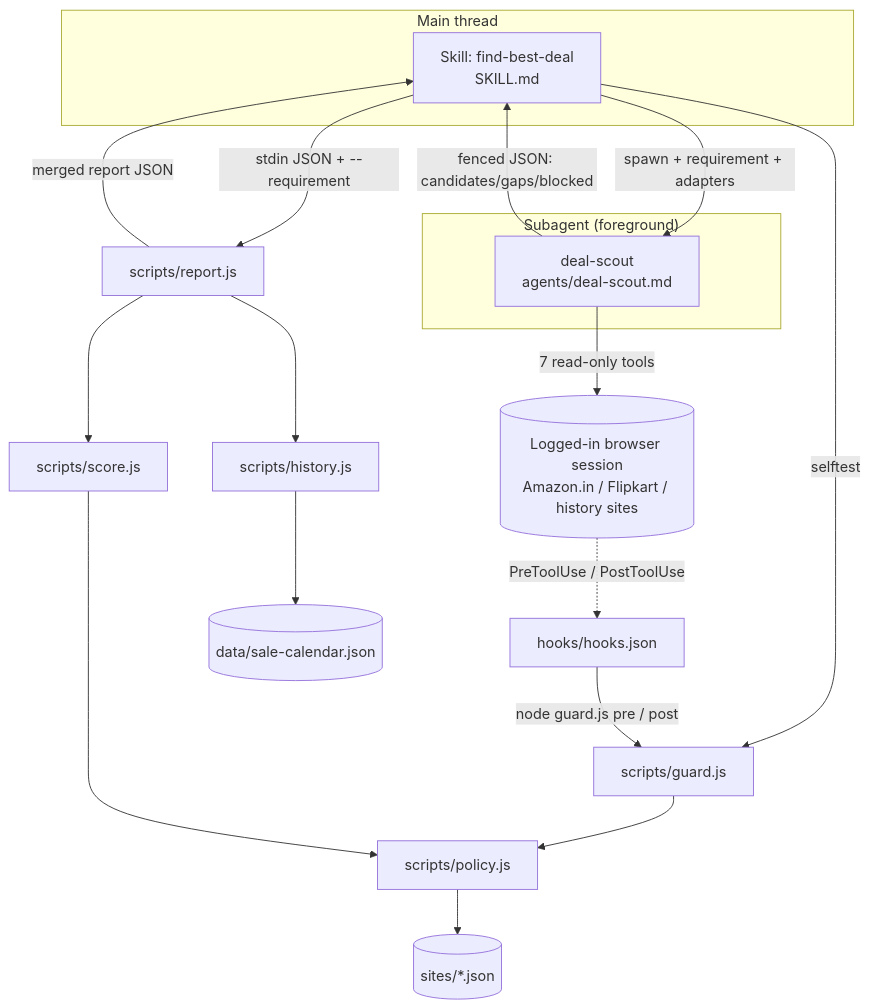
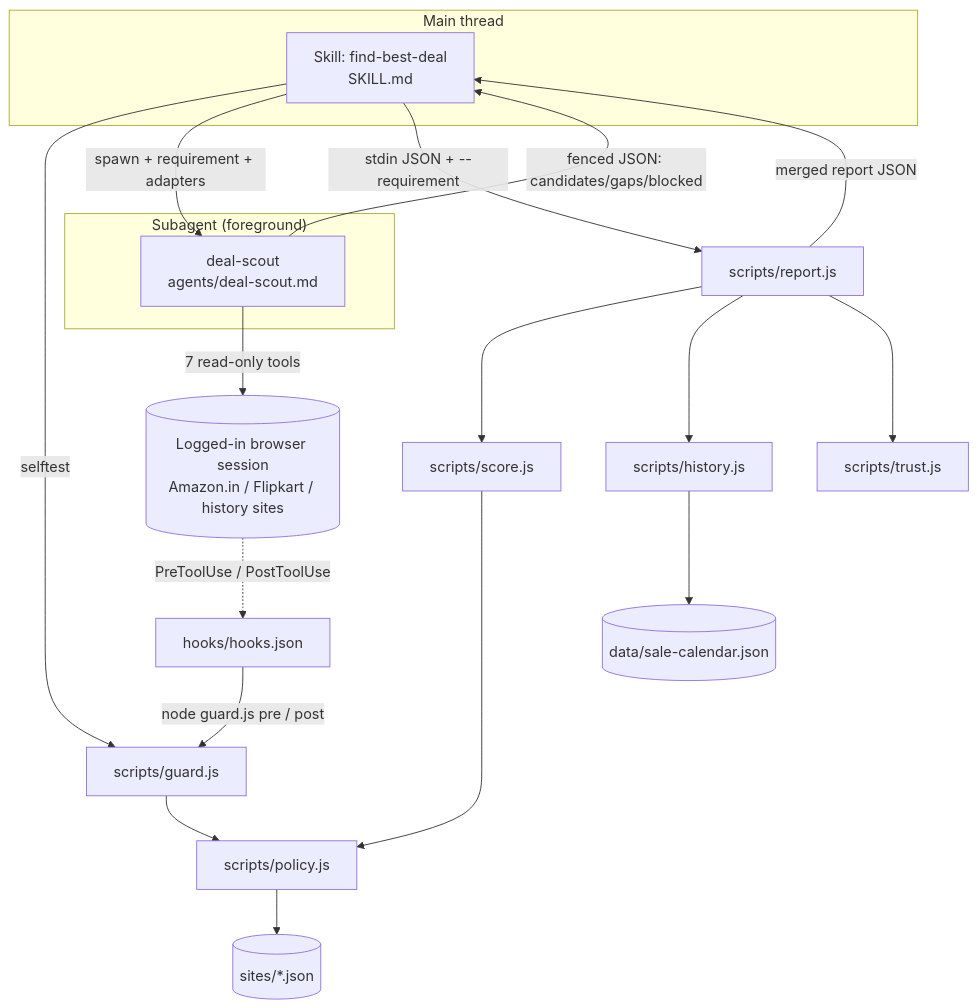
Before and after one commit to abhisheksarkar30/claude-deal-scout: the diagram in docs/context/architecture.md, drawn with Mermaid. The commit also changed other lines of this file and 10 other files, not shown here.

````diff
--- a/docs/context/architecture.md
+++ b/docs/context/architecture.md
@@ -120,35 +133,37 @@
 ```mermaid
 flowchart TB
   subgraph main["Main thread"]
     Skill["Skill: find-best-deal<br/>SKILL.md"]
   end
 
   subgraph agent["Subagent (foreground)"]
     Scout["deal-scout<br/>agents/deal-scout.md"]
   end
 
   Browser[("Logged-in browser session<br/>Amazon.in / Flipkart / history sites")]
   Hook["hooks/hooks.json"]
   Guard["scripts/guard.js"]
   Policy["scripts/policy.js"]
   Adapters[("sites/*.json")]
   Calendar[("data/sale-calendar.json")]
   Report["scripts/report.js"]
   Score["scripts/score.js"]
   History["scripts/history.js"]
+  Trust["scripts/trust.js"]
 
   Skill -->|"selftest"| Guard
   Skill -->|"spawn + requirement + adapters"| Scout
   Scout -->|"7 read-only tools"| Browser
   Browser -.->|"PreToolUse / PostToolUse"| Hook
   Hook -->|"node guard.js pre / post"| Guard
   Guard --> Policy
   Policy --> Adapters
   Scout -->|"fenced JSON: candidates/gaps/blocked"| Skill
   Skill -->|"stdin JSON + --requirement"| Report
   Report --> Score
   Report --> History
+  Report --> Trust
   Score --> Policy
   History --> Calendar
   Report -->|"merged report JSON"| Skill
 ```
````
